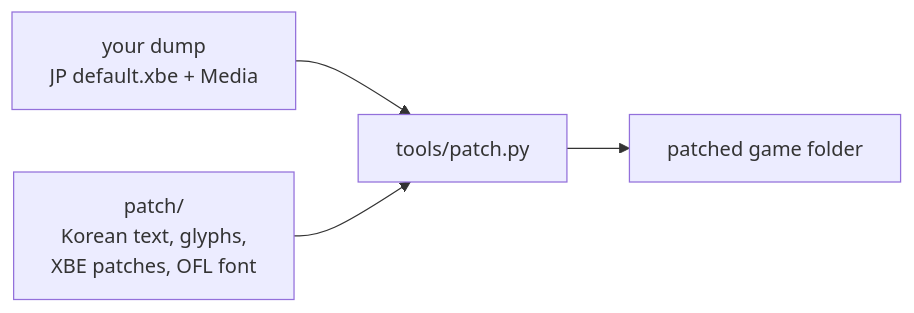
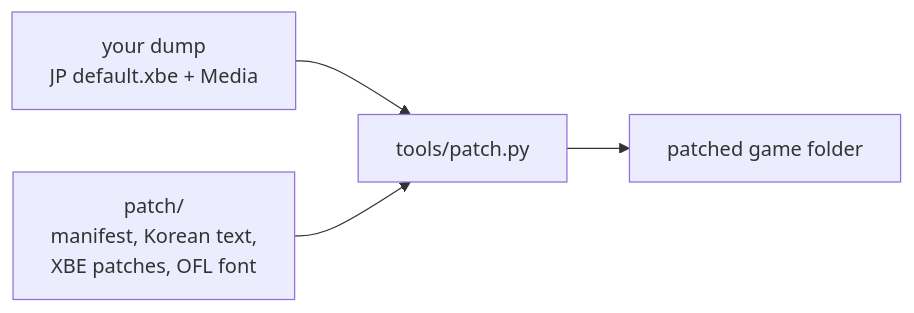
The diagram in README.md (nworkers/JSRF-kr-patch), drawn with Mermaid before and after one commit. The commit also changed other lines of this file and 33 other files, not shown here.

````diff
--- a/README.md
+++ b/README.md
@@ -28,6 +30,6 @@
 ```mermaid
 flowchart LR
     DUMP["your dump<br/>JP default.xbe + Media"] --> TOOL["tools/patch.py"]
-    DATA["patch/<br/>Korean text, glyphs,<br/>XBE patches, OFL font"] --> TOOL
+    DATA["patch/<br/>manifest, Korean text,<br/>XBE patches, OFL font"] --> TOOL
     TOOL --> OUT["patched game folder"]
 ```
````
